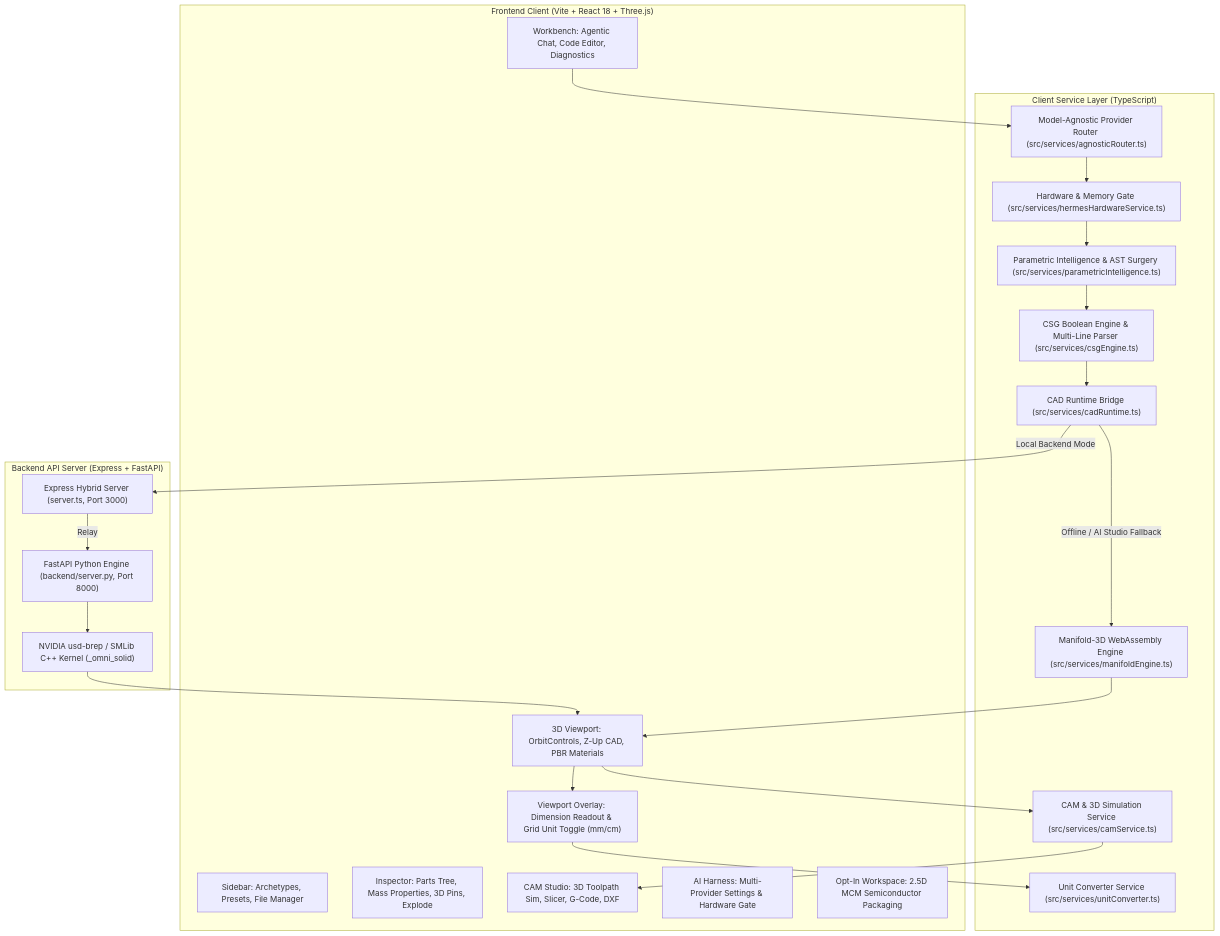
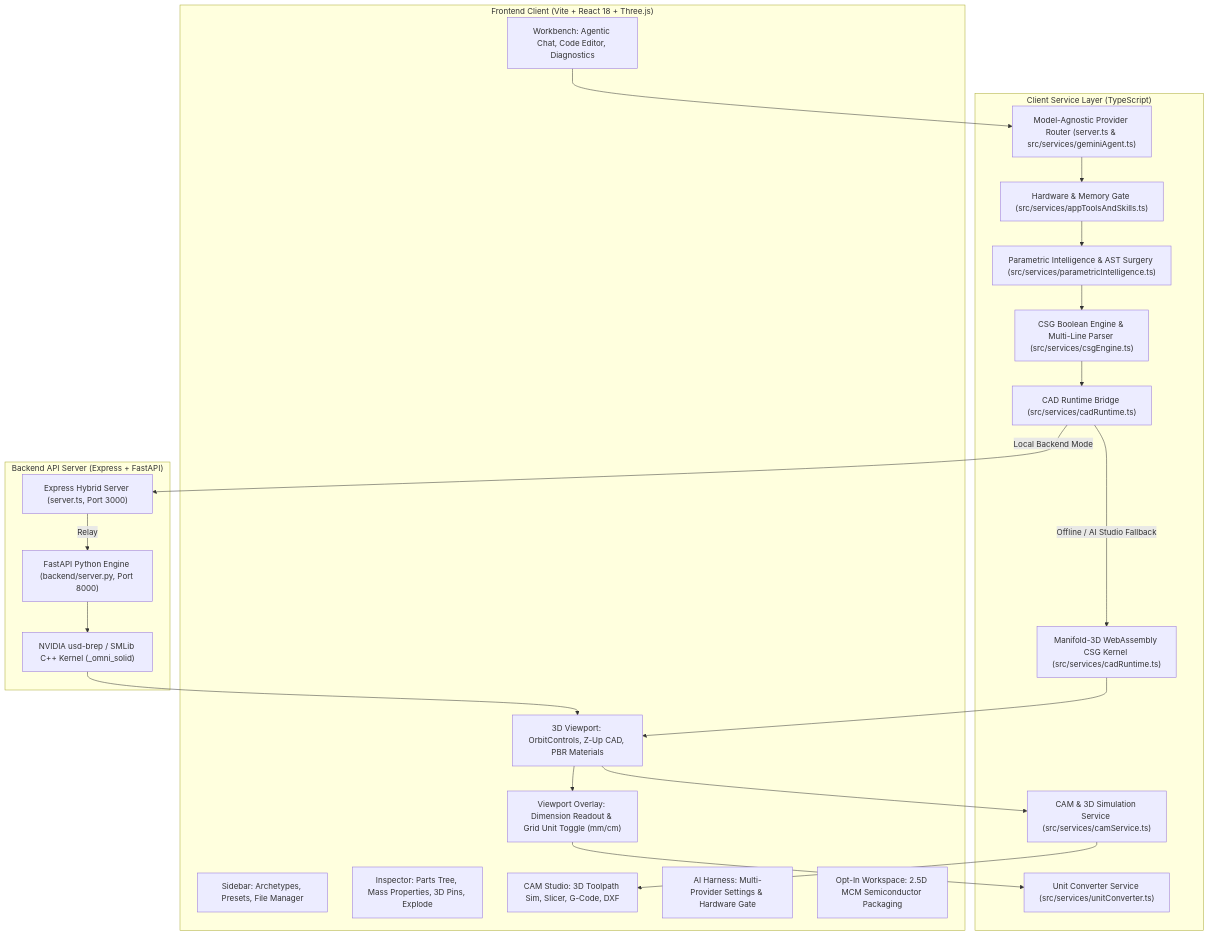
Before and after one commit to jimmyjdejesus-cmyk/agentic-cad-usd-brep: the diagram in ARCHITECTURE_AND_PLAN.md, drawn with Mermaid. The commit also changed 8 other files, not shown here.

Commit message:
docs(architecture): eliminate phantom paths, sync manifest state, add subsystem data flow diagrams, and update roadmap exit criteria

````diff
--- a/ARCHITECTURE_AND_PLAN.md
+++ b/ARCHITECTURE_AND_PLAN.md
@@ -37,46 +37,46 @@
 ```mermaid
 flowchart TD
     subgraph Frontend["Frontend Client (Vite + React 18 + Three.js)"]
         UI_Sidebar["Sidebar: Archetypes, Presets, File Manager"]
         UI_Workbench["Workbench: Agentic Chat, Code Editor, Diagnostics"]
         UI_Inspector["Inspector: Parts Tree, Mass Properties, 3D Pins, Explode"]
         UI_Viewport["3D Viewport: OrbitControls, Z-Up CAD, PBR Materials"]
         UI_Dim["Viewport Overlay: Dimension Readout & Grid Unit Toggle (mm/cm)"]
         UI_CAM["CAM Studio: 3D Toolpath Sim, Slicer, G-Code, DXF"]
         UI_Harness["AI Harness: Multi-Provider Settings & Hardware Gate"]
         UI_EDA["Opt-In Workspace: 2.5D MCM Semiconductor Packaging"]
     end
 
     subgraph ServiceLayer["Client Service Layer (TypeScript)"]
-        Router["Model-Agnostic Provider Router (src/services/agnosticRouter.ts)"]
-        HardwareGate["Hardware & Memory Gate (src/services/hermesHardwareService.ts)"]
+        Router["Model-Agnostic Provider Router (server.ts & src/services/geminiAgent.ts)"]
+        HardwareGate["Hardware & Memory Gate (src/services/appToolsAndSkills.ts)"]
         ParametricAI["Parametric Intelligence & AST Surgery (src/services/parametricIntelligence.ts)"]
         CsgEngine["CSG Boolean Engine & Multi-Line Parser (src/services/csgEngine.ts)"]
         UnitConverter["Unit Converter Service (src/services/unitConverter.ts)"]
-        ManifoldCSG["Manifold-3D WebAssembly Engine (src/services/manifoldEngine.ts)"]
+        ManifoldCSG["Manifold-3D WebAssembly CSG Kernel (src/services/cadRuntime.ts)"]
         CAMService["CAM & 3D Simulation Service (src/services/camService.ts)"]
         RuntimeBridge["CAD Runtime Bridge (src/services/cadRuntime.ts)"]
     end
 
     subgraph ServerLayer["Backend API Server (Express + FastAPI)"]
         ExpressServer["Express Hybrid Server (server.ts, Port 3000)"]
         FastAPIServer["FastAPI Python Engine (backend/server.py, Port 8000)"]
         NvidiaKernel["NVIDIA usd-brep / SMLib C++ Kernel (_omni_solid)"]
     end
 
     UI_Workbench --> Router
     Router --> HardwareGate
     HardwareGate --> ParametricAI
     ParametricAI --> CsgEngine
     CsgEngine --> RuntimeBridge
     RuntimeBridge -->|Local Backend Mode| ExpressServer
     ExpressServer -->|Relay| FastAPIServer
     FastAPIServer --> NvidiaKernel
     RuntimeBridge -->|Offline / AI Studio Fallback| ManifoldCSG
     ManifoldCSG --> UI_Viewport
     NvidiaKernel --> UI_Viewport
     UI_Viewport --> UI_Dim
     UI_Dim --> UnitConverter
     UI_Viewport --> CAMService
     CAMService --> UI_CAM
 ```
````
